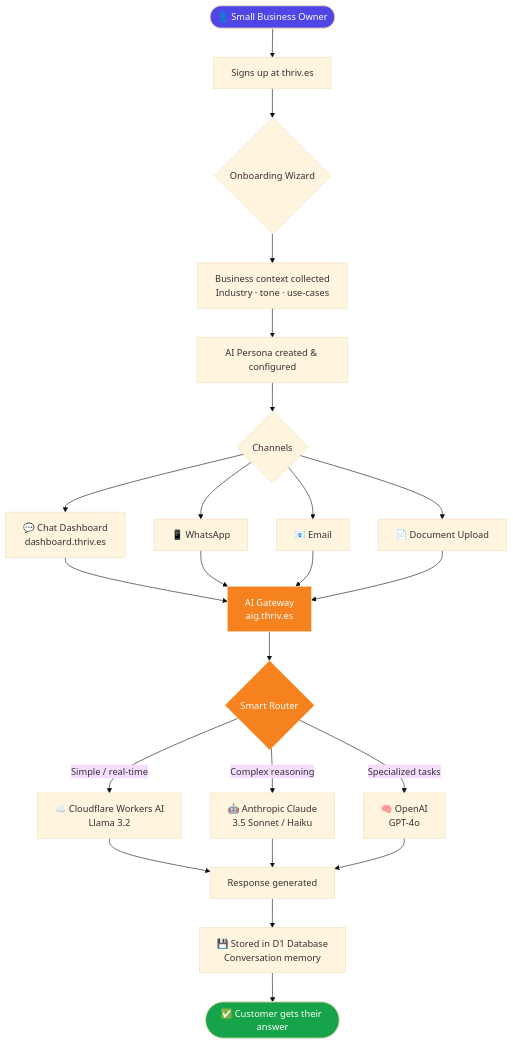
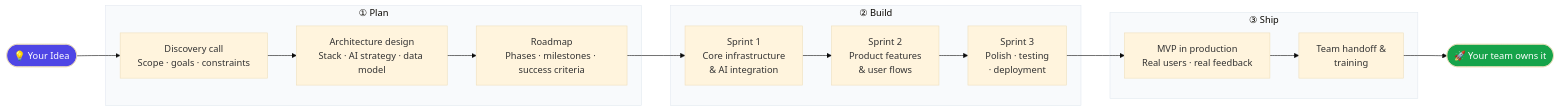
One commit to thriv-es/.github changed the diagram in README.md. Above: the diagram before and after it, drawn with Mermaid (base theme). The commit also changed other lines of this file, not shown here.

````diff
--- a/README.md
+++ b/README.md
@@ -34,29 +28,29 @@
 ```mermaid
-flowchart TD
-    A([👤 Small Business Owner]) --> B[Signs up at thriv.es]
-    B --> C{Onboarding Wizard}
-    C --> D[Business context collected\nIndustry · tone · use-cases]
-    D --> E[AI Persona created & configured]
+flowchart LR
+    A([💡 Your Idea]) --> B
 
-    E --> F{Channels}
-    F --> G[💬 Chat Dashboard\ndashboard.thriv.es]
-    F --> H[📱 WhatsApp]
-    F --> I[📧 Email]
-    F --> J[📄 Document Upload]
+    subgraph PLAN ["① Plan"]
+        B[Discovery call\nScope · goals · constraints]
+        B --> C[Architecture design\nStack · AI strategy · data model]
+        C --> D[Roadmap\nPhases · milestones · success criteria]
+    end
 
-    G & H & I & J --> K[AI Gateway\naig.thriv.es]
+    subgraph BUILD ["② Build"]
+        D --> E[Sprint 1\nCore infrastructure\n& AI integration]
+        E --> F[Sprint 2\nProduct features\n& user flows]
+        F --> G[Sprint 3\nPolish · testing\n· deployment]
+    end
 
-    K --> L{Smart Router}
-    L -->|Simple / real-time| M[☁️ Cloudflare Workers AI\nLlama 3.2]
-    L -->|Complex reasoning| N[🤖 Anthropic Claude\n3.5 Sonnet / Haiku]
-    L -->|Specialized tasks| O[🧠 OpenAI\nGPT-4o]
+    subgraph SHIP ["③ Ship"]
+        G --> H[MVP in production\nReal users · real feedback]
+        H --> I[Team handoff &\ntraining]
+    end
 
-    M & N & O --> P[Response generated]
-    P --> Q[💾 Stored in D1 Database\nConversation memory]
-    Q --> R([✅ Customer gets their answer])
+    I --> J([🚀 Your team owns it])
 
     style A fill:#4f46e5,color:#fff
-    style R fill:#16a34a,color:#fff
-    style K fill:#F6821F,color:#fff
-    style L fill:#F6821F,color:#fff
+    style J fill:#16a34a,color:#fff
+    style PLAN fill:#f8fafc,stroke:#e2e8f0
+    style BUILD fill:#f8fafc,stroke:#e2e8f0
+    style SHIP fill:#f8fafc,stroke:#e2e8f0
 ```
````
